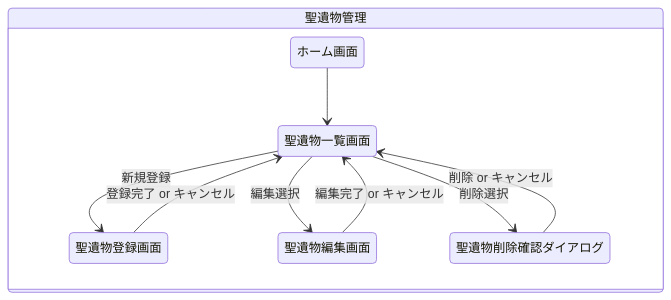
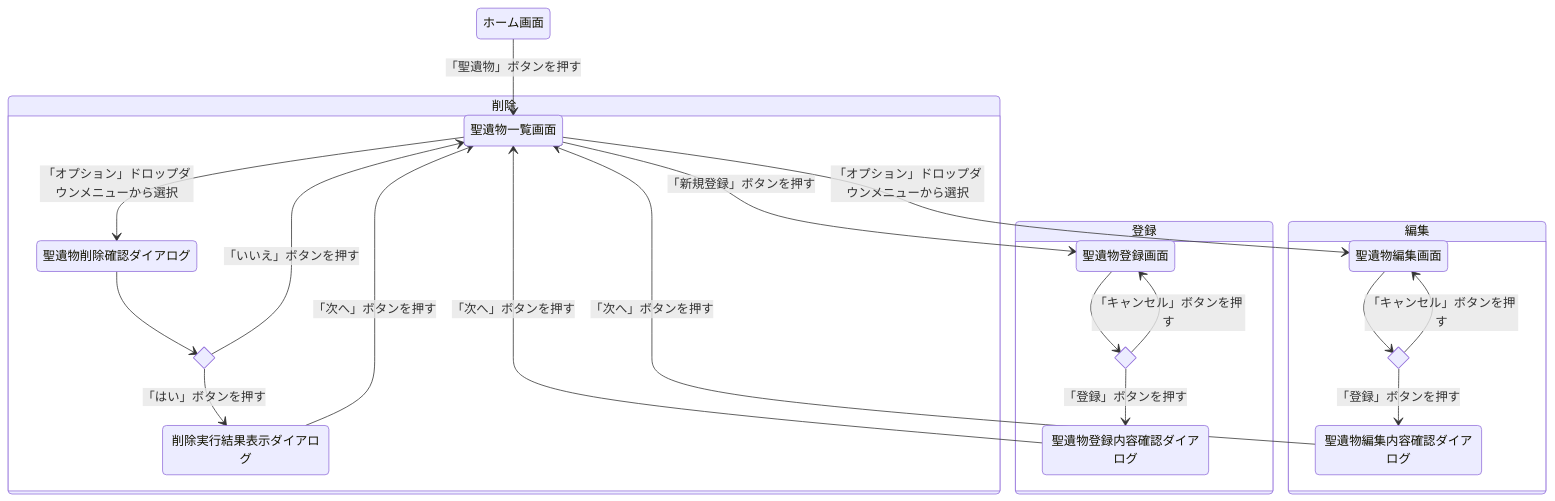
One commit to Ryosuke-Yamasaki/Genshin-Desktop-App changed the first of 6 diagrams in README.md. Above: the diagram before and after it, drawn with Mermaid. The commit also changed other lines of this file, not shown here.

````diff
--- a/README.md
+++ b/README.md
@@ -176,12 +178,28 @@
 ```mermaid
 stateDiagram-v2
-    state 聖遺物管理 {
-        ホーム画面 --> 聖遺物一覧画面
-        聖遺物一覧画面 --> 聖遺物登録画面 : 新規登録
-        聖遺物一覧画面 --> 聖遺物編集画面 : 編集選択
-        聖遺物一覧画面 --> 聖遺物削除確認ダイアログ : 削除選択
-        聖遺物削除確認ダイアログ --> 聖遺物一覧画面 : 削除 or キャンセル
-        聖遺物登録画面 --> 聖遺物一覧画面 : 登録完了 or キャンセル
-        聖遺物編集画面 --> 聖遺物一覧画面 : 編集完了 or キャンセル
-    }
+  ホーム画面 --> 聖遺物一覧画面 : 「聖遺物」ボタンを押す
+  聖遺物一覧画面 --> 聖遺物登録画面 : 「新規登録」ボタンを押す
+  聖遺物一覧画面 --> 聖遺物編集画面 : 「オプション」ドロップダウンメニューから選択
+  聖遺物一覧画面 --> 聖遺物削除確認ダイアログ : 「オプション」ドロップダウンメニューから選択
+  state 登録 {
+    state if_登録 <<choice>>
+    聖遺物登録画面 --> if_登録
+    if_登録 --> 聖遺物登録内容確認ダイアログ : 「登録」ボタンを押す
+    if_登録 --> 聖遺物登録画面 : 「キャンセル」ボタンを押す
+    聖遺物登録内容確認ダイアログ --> 聖遺物一覧画面 : 「次へ」ボタンを押す
+  }
+  state 編集 {
+    state if_編集 <<choice>>
+    聖遺物編集画面 --> if_編集
+    if_編集 --> 聖遺物編集内容確認ダイアログ : 「登録」ボタンを押す
+    if_編集 --> 聖遺物編集画面 : 「キャンセル」ボタンを押す
+    聖遺物編集内容確認ダイアログ --> 聖遺物一覧画面 : 「次へ」ボタンを押す
+  }
+  state 削除 {
+    state if_削除 <<choice>>
+    聖遺物削除確認ダイアログ --> if_削除
+    if_削除 --> 削除実行結果表示ダイアログ : 「はい」ボタンを押す
+    if_削除 --> 聖遺物一覧画面 : 「いいえ」ボタンを押す
+    削除実行結果表示ダイアログ --> 聖遺物一覧画面 : 「次へ」ボタンを押す
+  }
 ```
````
